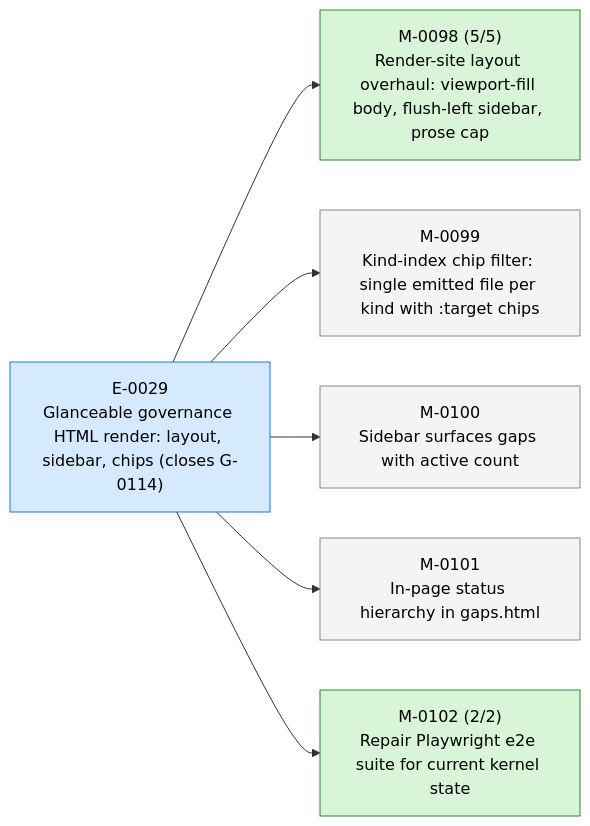
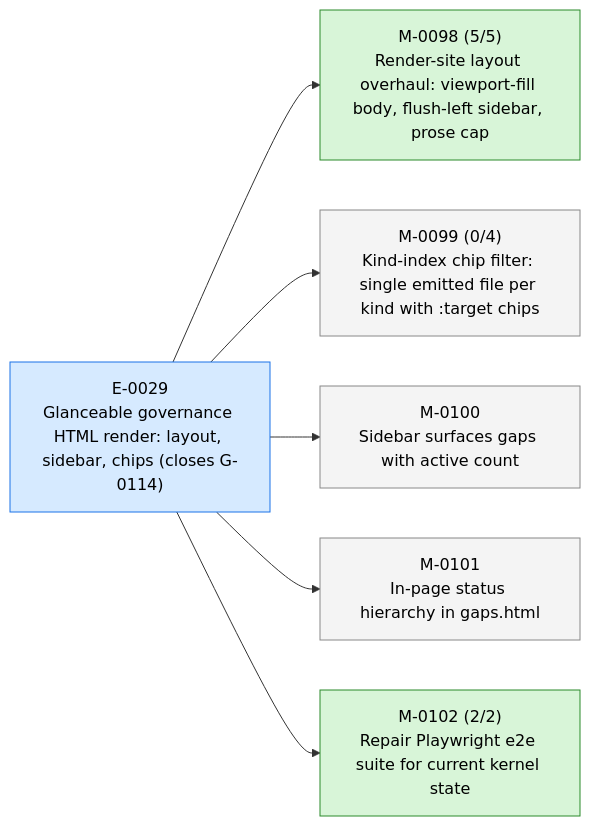
The first of 3 diagrams in STATUS.md (23min/aiwf), drawn with Mermaid before and after one commit. The commit also changed other lines of this file and 1 other file, not shown here.

````diff
--- a/STATUS.md
+++ b/STATUS.md
@@ -17,20 +17,20 @@
 ```mermaid
 flowchart LR
   E_0029["E-0029<br/>Glanceable governance HTML render: layout, sidebar, chips (closes G-0114)"]:::epic_active
   M_0098["M-0098 (5/5)<br/>Render-site layout overhaul: viewport-fill body, flush-left sidebar, prose cap"]:::ms_done
   E_0029 --> M_0098
-  M_0099["M-0099<br/>Kind-index chip filter: single emitted file per kind with :target chips"]:::ms_draft
+  M_0099["M-0099 (0/4)<br/>Kind-index chip filter: single emitted file per kind with :target chips"]:::ms_draft
   E_0029 --> M_0099
   M_0100["M-0100<br/>Sidebar surfaces gaps with active count"]:::ms_draft
   E_0029 --> M_0100
   M_0101["M-0101<br/>In-page status hierarchy in gaps.html"]:::ms_draft
   E_0029 --> M_0101
   M_0102["M-0102 (2/2)<br/>Repair Playwright e2e suite for current kernel state"]:::ms_done
   E_0029 --> M_0102
   classDef epic_active fill:#d6eaff,stroke:#1a73e8,color:#000
   classDef epic_proposed fill:#f4f4f4,stroke:#888,color:#000
   classDef ms_done fill:#d8f5d8,stroke:#2a8a2a,color:#000
   classDef ms_in_progress fill:#fff3c4,stroke:#caa400,color:#000
   classDef ms_draft fill:#f4f4f4,stroke:#888,color:#000
   classDef ms_cancelled fill:#fbeaea,stroke:#c33,color:#000
 ```
````
